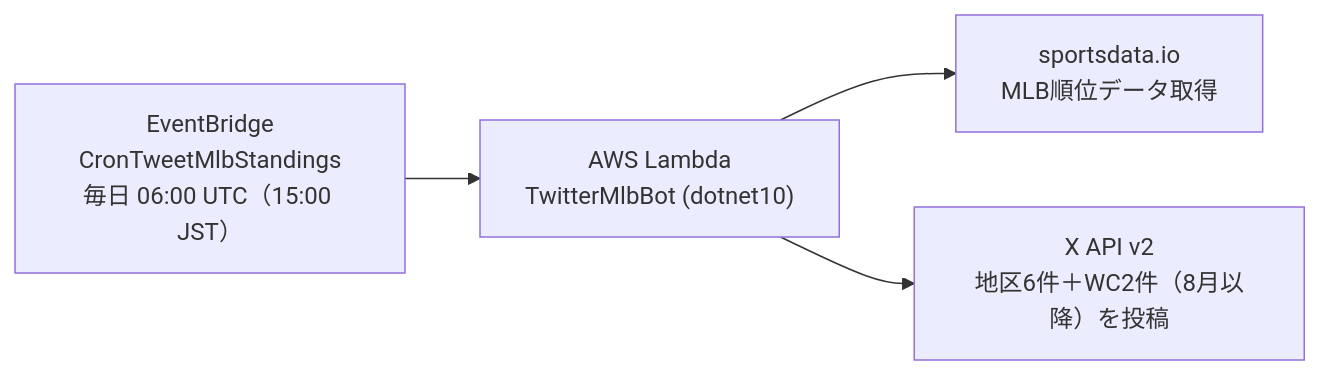
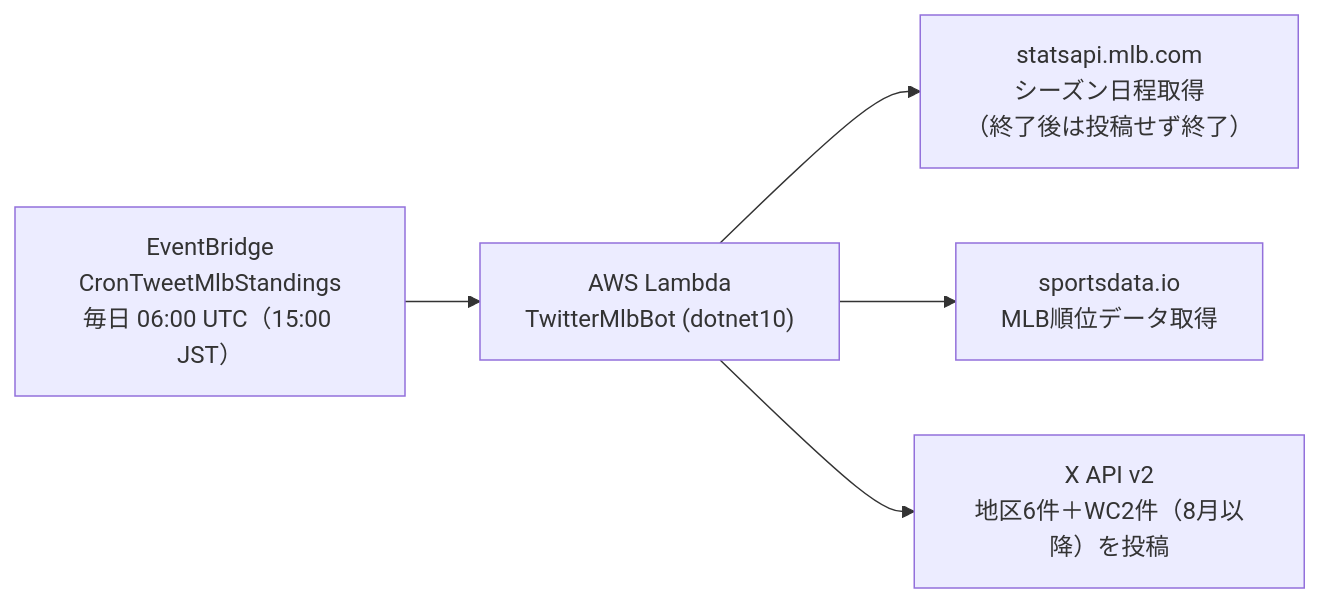
Before and after one commit to shin4488/MlbBot: the first of 2 diagrams in README.md, drawn with Mermaid. The commit also changed other lines of this file and 1 other file, not shown here.

First line of the commit message:
docs: シーズン自動停止をアーキテクチャ図とドメイン知識に反映

````diff
--- a/README.md
+++ b/README.md
@@ -9,6 +9,7 @@
 ```mermaid
 flowchart LR
     EB["EventBridge<br>CronTweetMlbStandings<br>毎日 06:00 UTC（15:00 JST）"] --> L["AWS Lambda<br>TwitterMlbBot (dotnet10)"]
+    L --> SA["statsapi.mlb.com<br>シーズン日程取得<br>（終了後は投稿せず終了）"]
     L --> MLB["sportsdata.io<br>MLB順位データ取得"]
     L --> X["X API v2<br>地区6件＋WC2件（8月以降）を投稿"]
 ```
````
